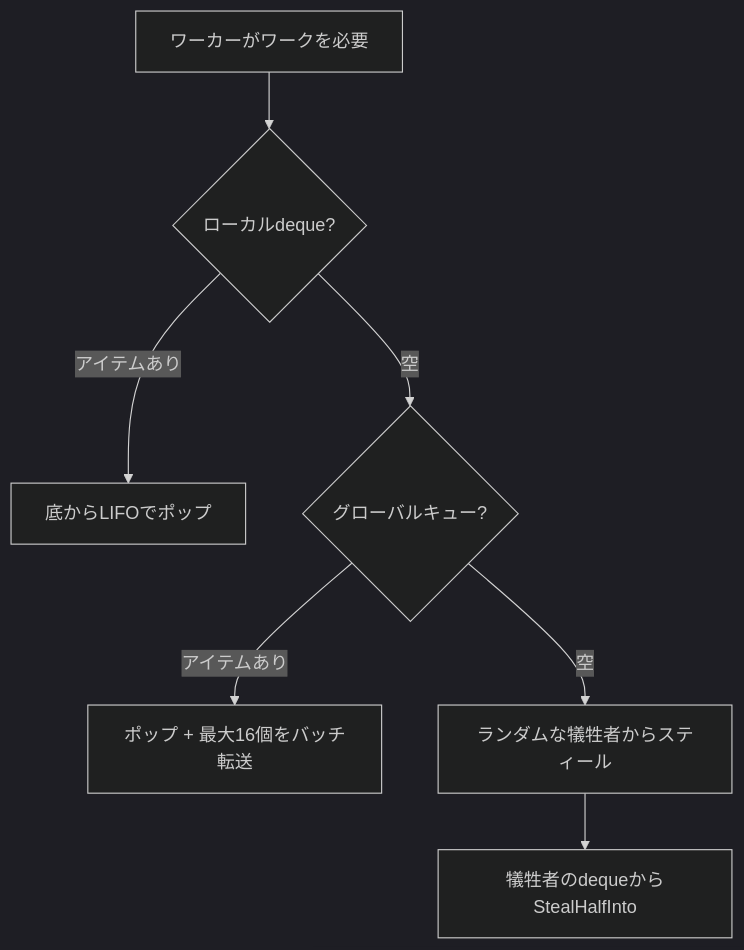
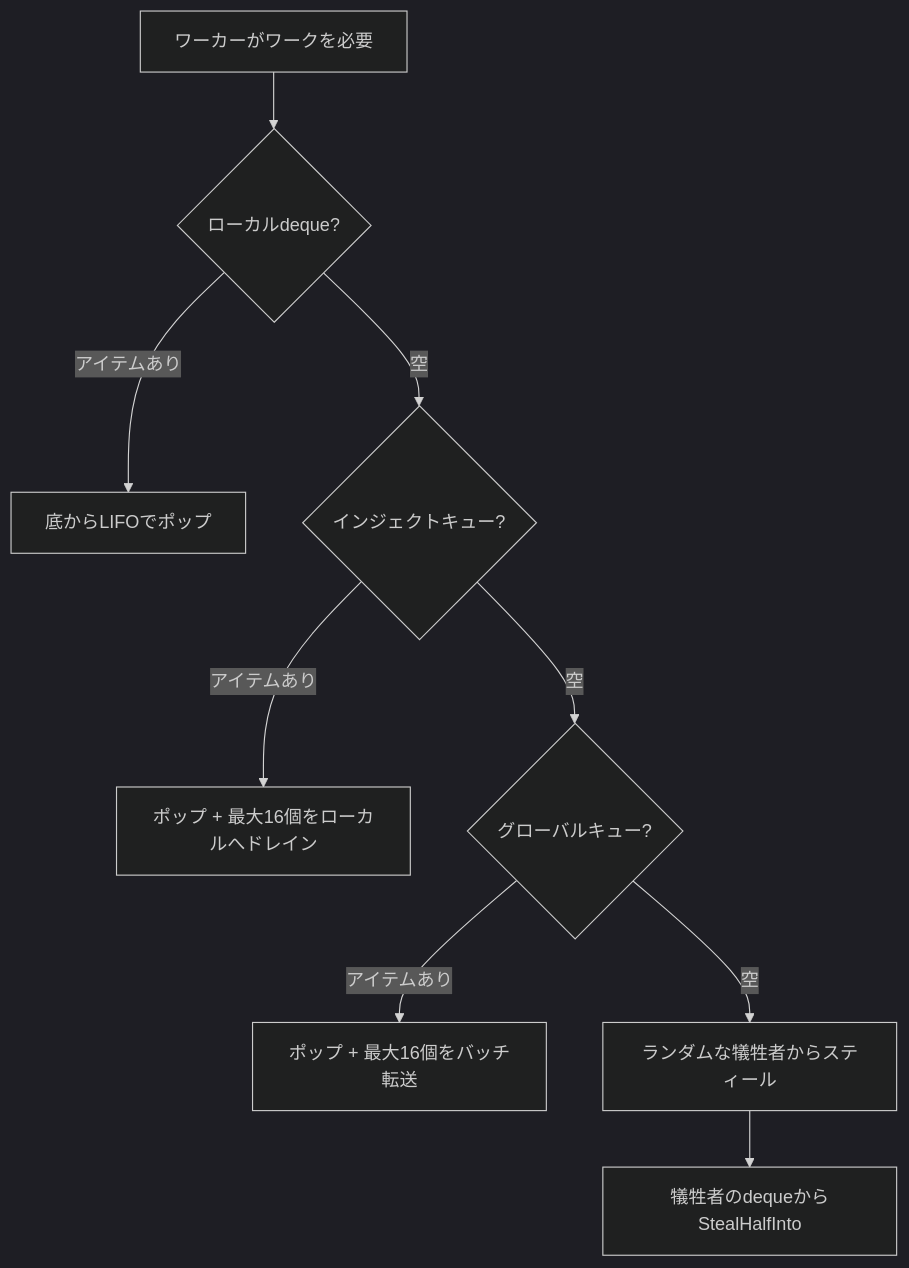
The first of 2 diagrams in ja/internals/scheduler.md (wippyai/docs), drawn with Mermaid (dark theme) before and after one commit. The commit also changed other lines of this file and 1108 other files, not shown here.

````diff
--- a/ja/internals/scheduler.md
+++ b/ja/internals/scheduler.md
@@ -47,9 +47,11 @@
 ```mermaid
 flowchart TD
     W[ワーカーがワークを必要] --> L{ローカルdeque?}
     L -->|アイテムあり| LP[底からLIFOでポップ]
-    L -->|空| G{グローバルキュー?}
+    L -->|空| I{インジェクトキュー?}
+    I -->|アイテムあり| IP[ポップ + 最大16個をローカルへドレイン]
+    I -->|空| G{グローバルキュー?}
     G -->|アイテムあり| GP[ポップ + 最大16個をバッチ転送]
     G -->|空| S[ランダムな犠牲者からスティール]
     S --> SH[犠牲者のdequeからStealHalfInto]
 ```
````
